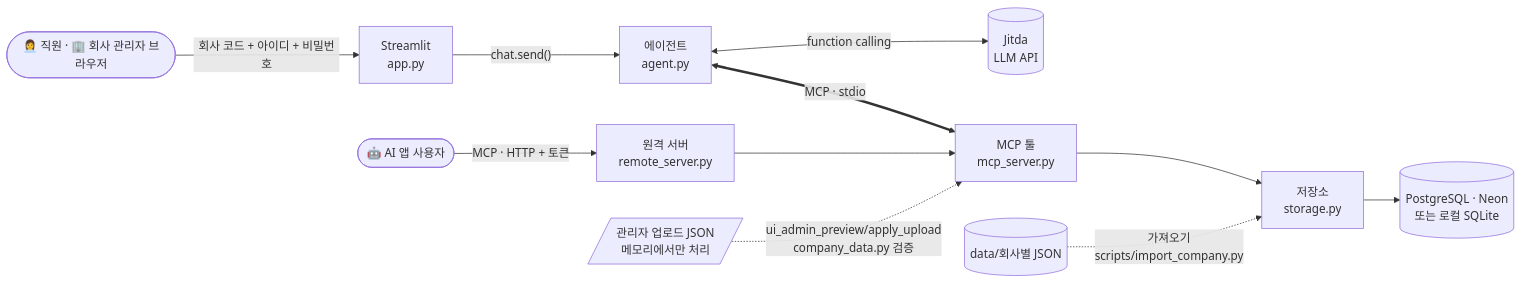
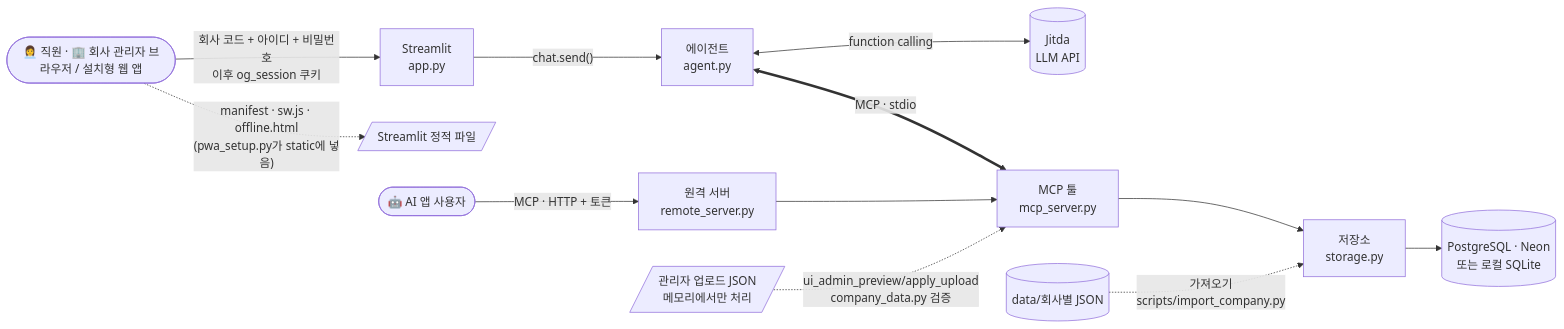
Before and after one commit to Byun-Gwan-Young/OG: the diagram in docs/architecture.md, drawn with Mermaid. The commit also changed other lines of this file and 5 other files, not shown here.

````diff
--- a/docs/architecture.md
+++ b/docs/architecture.md
@@ -7,13 +7,14 @@
 ```mermaid
 flowchart LR
-    E([👩‍💼 직원 · 🏢 회사 관리자 브라우저]) -->|"회사 코드 + 아이디 + 비밀번호"| UI[Streamlit<br/>app.py]
+    E([👩‍💼 직원 · 🏢 회사 관리자 브라우저 / 설치형 웹 앱]) -->|"회사 코드 + 아이디 + 비밀번호<br/>이후 og_session 쿠키"| UI[Streamlit<br/>app.py]
+    E -.->|"manifest · sw.js · offline.html<br/>(pwa_setup.py가 static에 넣음)"| PW[/Streamlit 정적 파일/]
     UI -->|"chat.send()"| AG[에이전트<br/>agent.py]
     AG <-->|function calling| LLM[(Jitda<br/>LLM API)]
     AG <==>|MCP · stdio| SV[MCP 툴<br/>mcp_server.py]
     A([🤖 AI 앱 사용자]) -->|"MCP · HTTP + 토큰"| RS[원격 서버<br/>remote_server.py]
     RS --> SV
     SV --> ST[저장소<br/>storage.py]
     ST --> DB[(PostgreSQL · Neon<br/>또는 로컬 SQLite)]
     D[(data/회사별 JSON)] -.->|"가져오기<br/>scripts/import_company.py"| ST
     UP[/관리자 업로드 JSON<br/>메모리에서만 처리/] -.->|"ui_admin_preview/apply_upload<br/>company_data.py 검증"| SV
 ```
````
